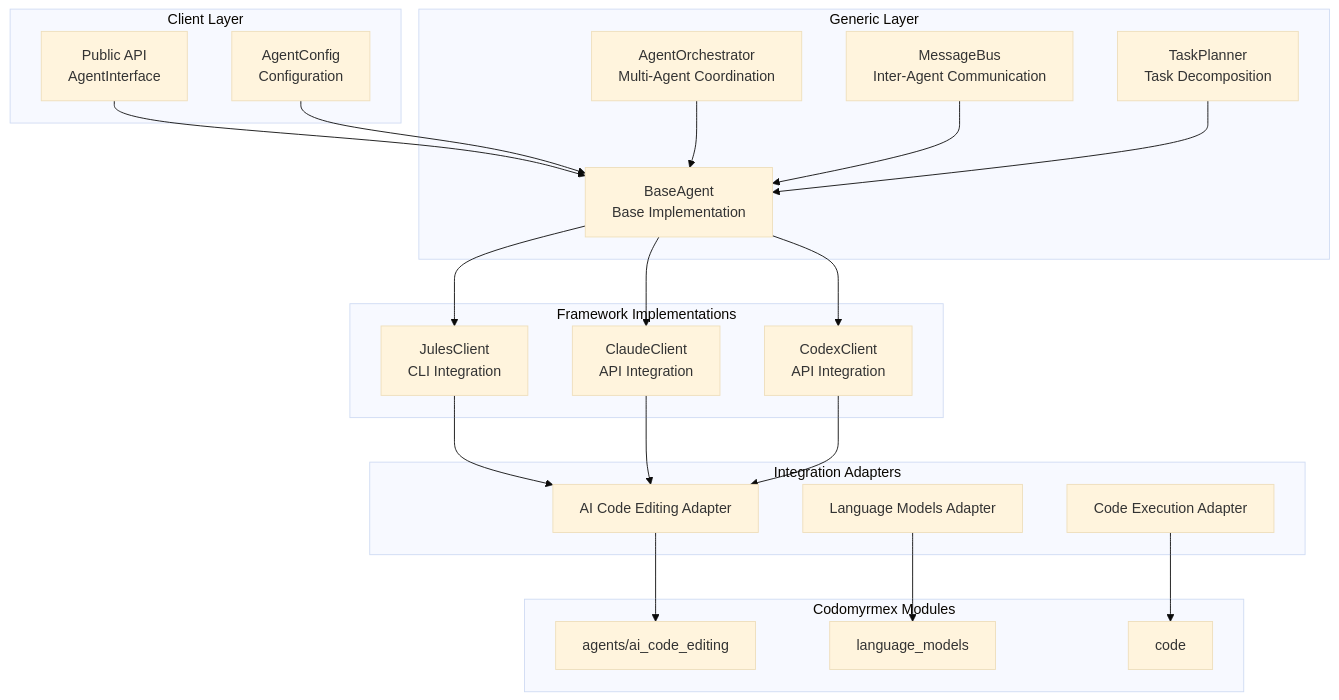
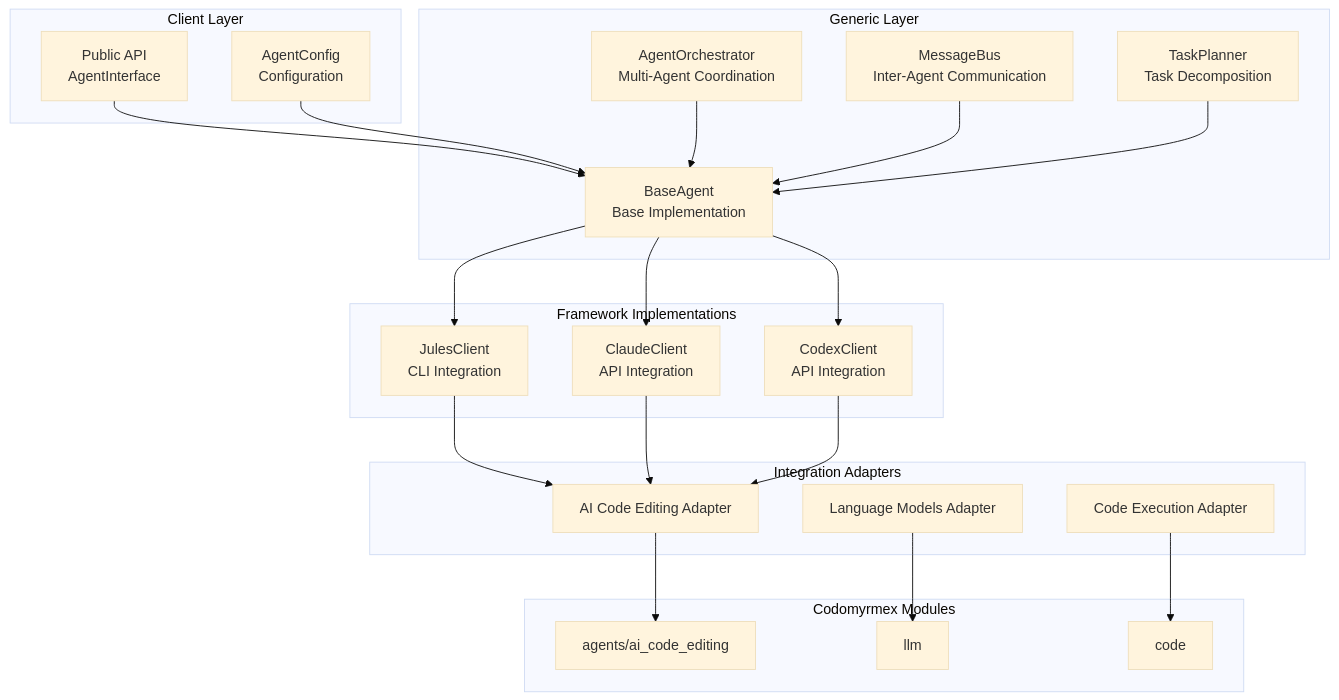
The diagram in src/codomyrmex/agents/README.md (docxology/codomyrmex), drawn with Mermaid (base theme) before and after one commit. The commit also changed other lines of this file and 496 other files, not shown here.

````diff
--- a/src/codomyrmex/agents/README.md
+++ b/src/codomyrmex/agents/README.md
@@ -27,50 +27,50 @@
 ```mermaid
 graph TB
     subgraph "Client Layer"
         PublicAPI[Public API<br/>AgentInterface]
         Config[AgentConfig<br/>Configuration]
     end
 
     subgraph "Generic Layer"
         BaseAgent[BaseAgent<br/>Base Implementation]
         Orchestrator[AgentOrchestrator<br/>Multi-Agent Coordination]
         MessageBus[MessageBus<br/>Inter-Agent Communication]
         TaskPlanner[TaskPlanner<br/>Task Decomposition]
     end
 
     subgraph "Framework Implementations"
         Jules[JulesClient<br/>CLI Integration]
         Claude[ClaudeClient<br/>API Integration]
         Codex[CodexClient<br/>API Integration]
     end
 
     subgraph "Integration Adapters"
         AICodeAdapter[AI Code Editing Adapter]
         LLMAdapter[Language Models Adapter]
         ExecAdapter[Code Execution Adapter]
     end
 
     subgraph "Codomyrmex Modules"
         AICodeEditing[agents/ai_code_editing]
-        LanguageModels[language_models]
+        LanguageModels[llm]
         CodeExecution[code]
     end
 
     PublicAPI --> BaseAgent
     Config --> BaseAgent
     BaseAgent --> Jules
     BaseAgent --> Claude
     BaseAgent --> Codex
 
     Orchestrator --> BaseAgent
     MessageBus --> BaseAgent
     TaskPlanner --> BaseAgent
 
     Jules --> AICodeAdapter
     Claude --> AICodeAdapter
     Codex --> AICodeAdapter
 
     AICodeAdapter --> AICodeEditing
     LLMAdapter --> LanguageModels
     ExecAdapter --> CodeExecution
 ```
````
